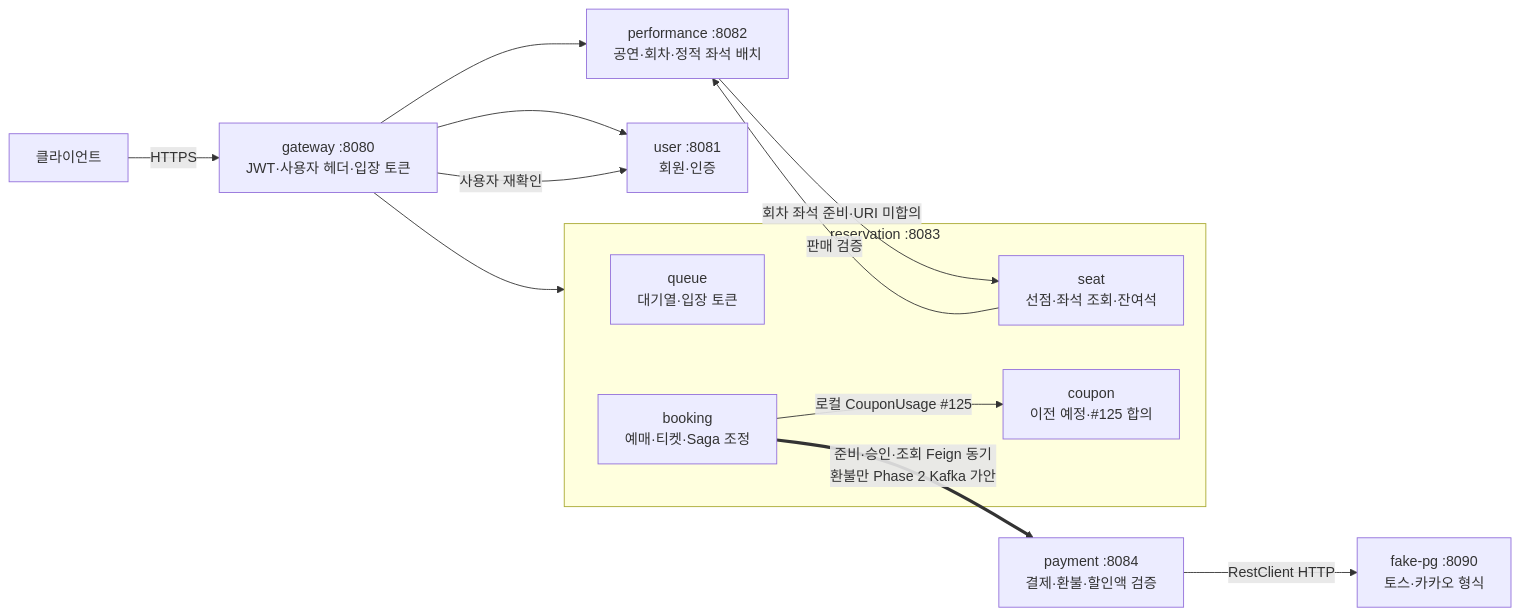
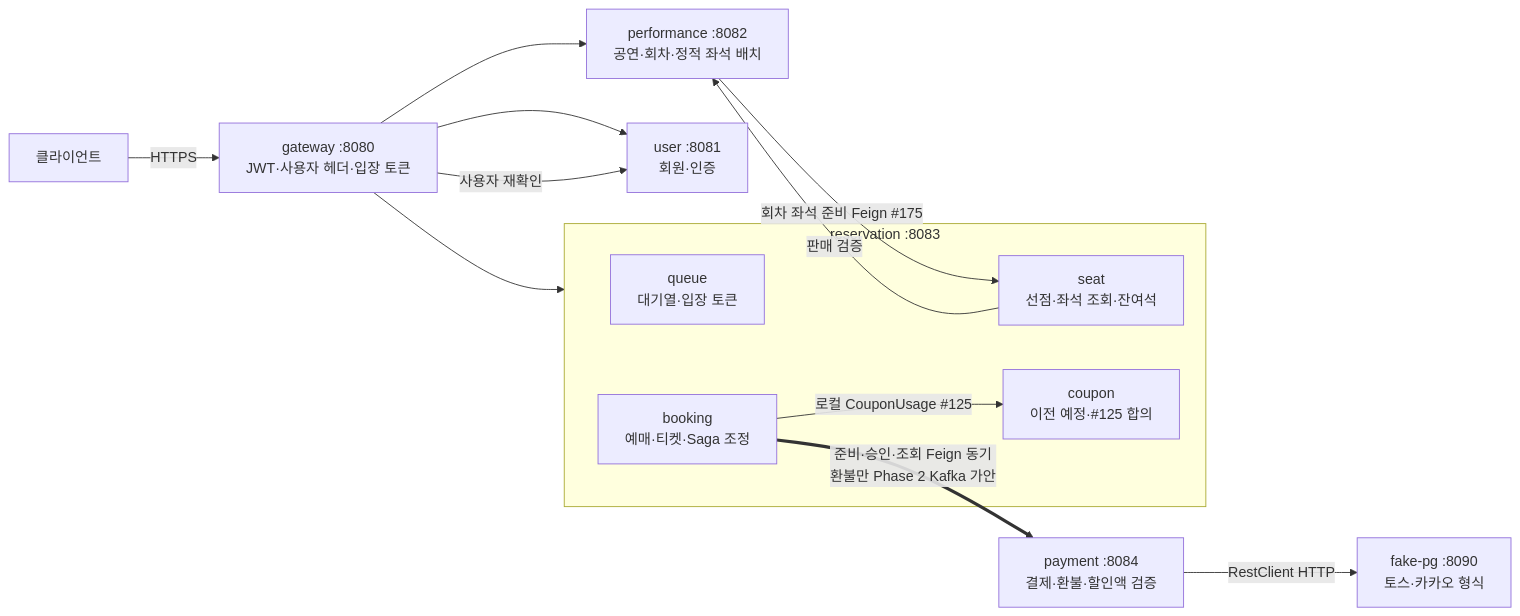
One commit to Good-Ticket-Service/ticket changed the first of 3 diagrams in docs/architecture.md. Above: the diagram before and after it, drawn with Mermaid. The commit also changed other lines of this file and 1 other file, not shown here.

````diff
--- a/docs/architecture.md
+++ b/docs/architecture.md
@@ -10,19 +10,19 @@
 ```mermaid
 flowchart LR
     C[클라이언트] -->|HTTPS| GW["gateway :8080<br/>JWT·사용자 헤더·입장 토큰"]
     GW --> U["user :8081<br/>회원·인증"]
     GW --> P["performance :8082<br/>공연·회차·정적 좌석 배치"]
     GW --> R
     GW -->|사용자 재확인| U
     subgraph R["reservation :8083"]
         RQ["queue<br/>대기열·입장 토큰"]
         RS["seat<br/>선점·좌석 조회·잔여석"]
         RB["booking<br/>예매·티켓·Saga 조정"]
         RC["coupon<br/>이전 예정·#125 합의"]
     end
     RB ==>|"준비·승인·조회 Feign 동기<br/>환불만 Phase 2 Kafka 가안"| PP["payment :8084<br/>결제·환불·할인액 검증"]
     RB -->|로컬 CouponUsage #125| RC
-    P -->|"회차 좌석 준비·URI 미합의"| RS
+    P -->|"회차 좌석 준비 Feign #175"| RS
     RS -->|판매 검증| P
     PP -->|RestClient HTTP| FPG["fake-pg :8090<br/>토스·카카오 형식"]
 ```
````
